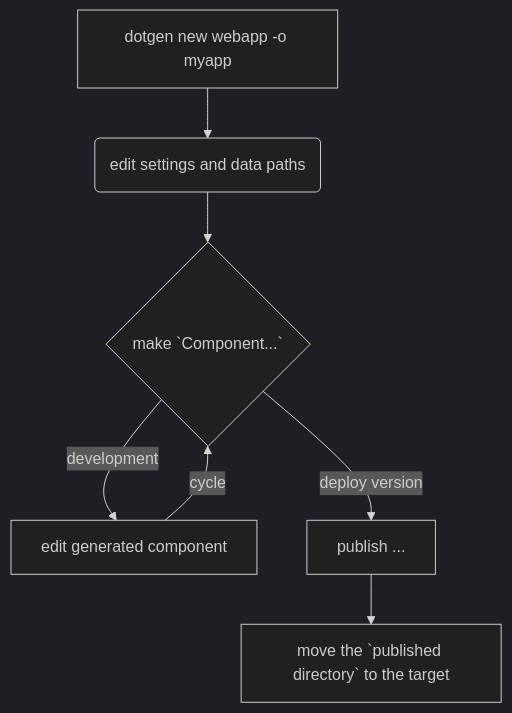
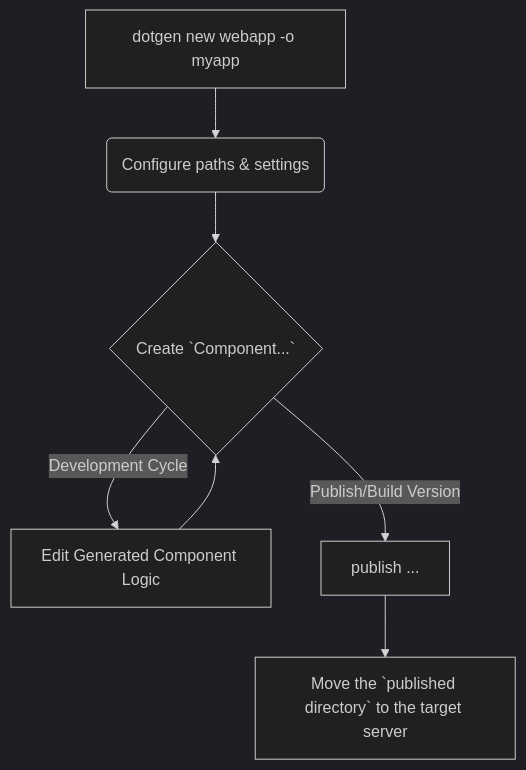
The diagram in README.md (lfiorini/dothrb-public), drawn with Mermaid (dark theme) before and after one commit. The commit also changed other lines of this file, not shown here.

````diff
--- a/README.md
+++ b/README.md
@@ -15,9 +27,9 @@
 ```mermaid
 graph TD
     A[dotgen new webapp -o myapp]
-    --> B(edit settings and data paths);
-    B --> C{make `Component...`};
-    C --> |development| D[edit generated component] --> |cycle| C;
-    C --> |deploy version| E[publish ...]
-    E --> F[move the `published directory` to the target]
+    --> B(Configure paths & settings);
+    B --> C{Create `Component...`};
+    C --> |Development Cycle| D[Edit Generated Component Logic] --> C;
+    C --> |Publish/Build Version| E[publish ...]
+    E --> F[Move the `published directory` to the target server]
 ```
````
